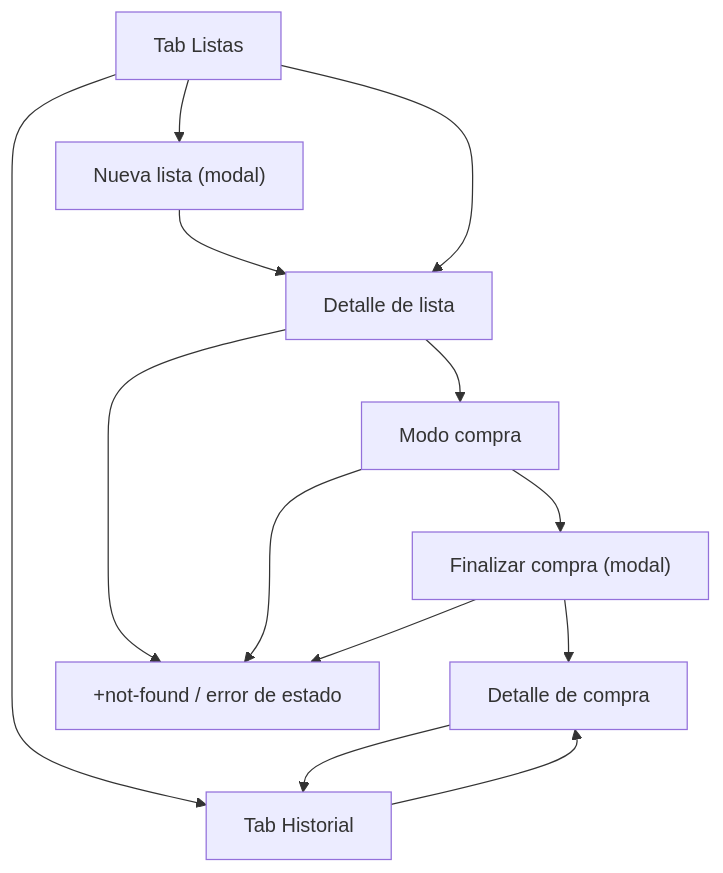
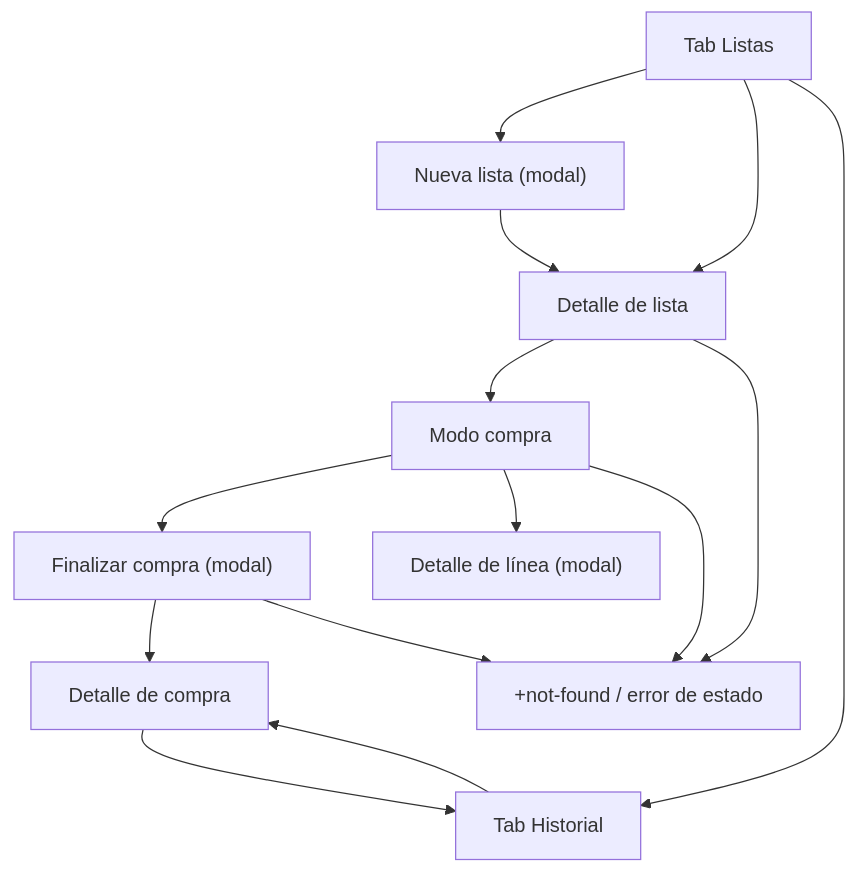
One commit to JuanReyesVazquez23/Listapp changed the diagram in docs/04-navegacion-y-ux.md. Above: the diagram before and after it, drawn with Mermaid. The commit also changed other lines of this file and 55 other files, not shown here.

````diff
--- a/docs/04-navegacion-y-ux.md
+++ b/docs/04-navegacion-y-ux.md
@@ -25,15 +25,16 @@
 ```mermaid
 flowchart TD
   A["Tab Listas"] --> B["Nueva lista (modal)"]
   B --> C["Detalle de lista"]
   A --> C
   C --> D["Modo compra"]
   D --> E["Finalizar compra (modal)"]
+  D --> I["Detalle de línea (modal)"]
   E --> F["Detalle de compra"]
   A --> G["Tab Historial"]
   G --> F
   F --> G
   C --> H["+not-found / error de estado"]
   D --> H
   E --> H
 ```
````
